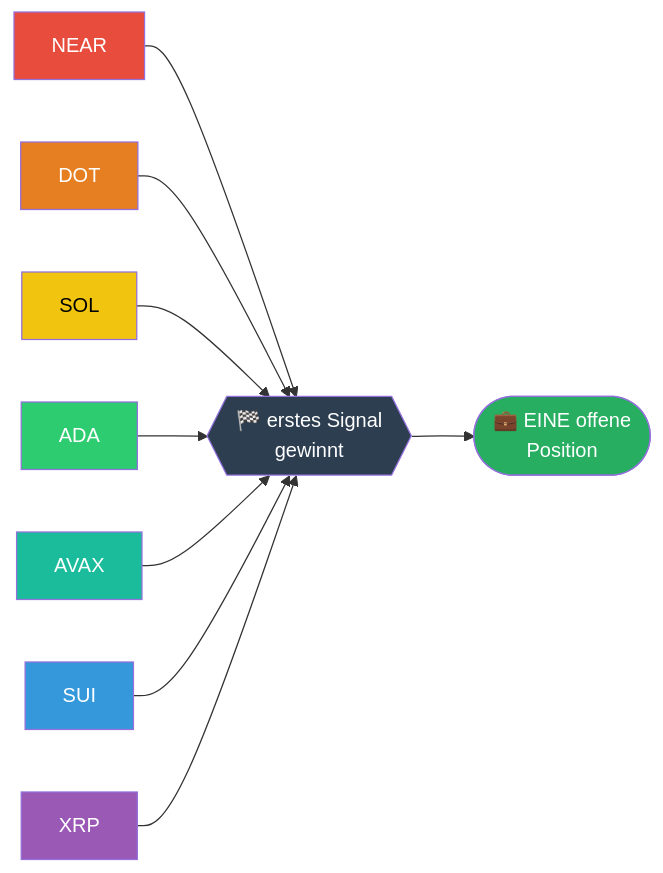
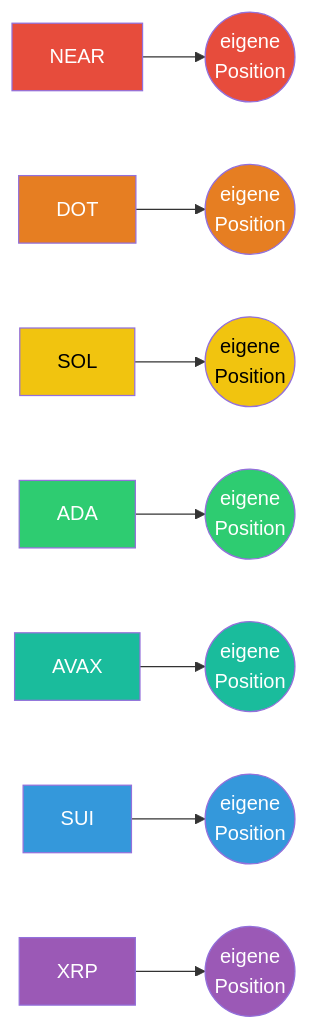
The second of 3 diagrams in README.md (Youra82/oraclebot), drawn with Mermaid before and after one commit. The commit also changed other lines of this file and 7 other files, not shown here.

````diff
--- a/README.md
+++ b/README.md
@@ -153,31 +153,18 @@
 ```mermaid
 flowchart LR
-    N["NEAR"]:::c1
-    D["DOT"]:::c2
-    S["SOL"]:::c3
-    A["ADA"]:::c4
-    V["AVAX"]:::c5
-    U["SUI"]:::c6
-    X["XRP"]:::c7
-    P{{"🏁 erstes Signal<br/>gewinnt"}}:::win
-    T(["💼 EINE offene<br/>Position"]):::result
-
-    N --> P
-    D --> P
-    S --> P
-    A --> P
-    V --> P
-    U --> P
-    X --> P
-    P --> T
+    N["NEAR"]:::c1 --> NT(("eigene<br/>Position")):::c1
+    D["DOT"]:::c2 --> DT(("eigene<br/>Position")):::c2
+    S["SOL"]:::c3 --> ST(("eigene<br/>Position")):::c3
+    A["ADA"]:::c4 --> AT(("eigene<br/>Position")):::c4
+    V["AVAX"]:::c5 --> VT(("eigene<br/>Position")):::c5
+    U["SUI"]:::c6 --> UT(("eigene<br/>Position")):::c6
+    X["XRP"]:::c7 --> XT(("eigene<br/>Position")):::c7
 
     classDef c1 fill:#E74C3C,color:#fff
     classDef c2 fill:#E67E22,color:#fff
     classDef c3 fill:#F1C40F,color:#000
     classDef c4 fill:#2ECC71,color:#fff
     classDef c5 fill:#1ABC9C,color:#fff
     classDef c6 fill:#3498DB,color:#fff
     classDef c7 fill:#9B59B6,color:#fff
-    classDef win fill:#2C3E50,color:#fff
-    classDef result fill:#27AE60,color:#fff
 ```
````
